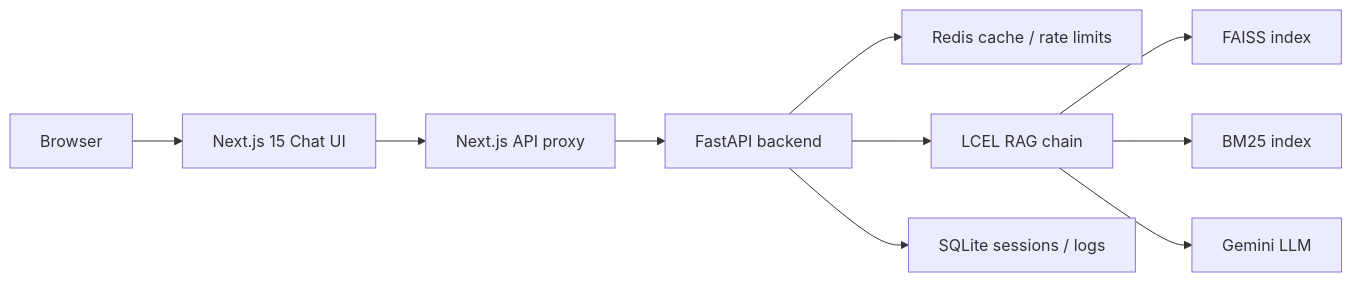
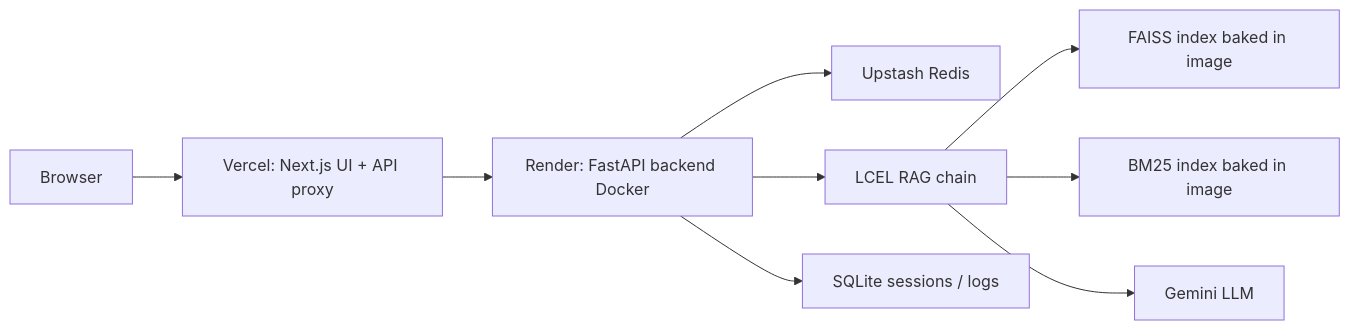
Before and after one commit to sohammahajan196/AI-Legal-Assistant: the diagram in README.md, drawn with Mermaid. The commit also changed other lines of this file and 16 other files, not shown here.

````diff
--- a/README.md
+++ b/README.md
@@ -20,12 +20,11 @@
 ```mermaid
 flowchart LR
-    User[Browser] --> NextUI["Next.js 15 Chat UI"]
-    NextUI --> ProxyRoute["Next.js API proxy"]
-    ProxyRoute --> FastAPI["FastAPI backend"]
-    FastAPI --> Redis["Redis cache / rate limits"]
-    FastAPI --> RAG["LCEL RAG chain"]
-    RAG --> FAISS["FAISS index"]
-    RAG --> BM25["BM25 index"]
+    User[Browser] --> Vercel["Vercel: Next.js UI + API proxy"]
+    Vercel --> Render["Render: FastAPI backend Docker"]
+    Render --> Upstash["Upstash Redis"]
+    Render --> RAG["LCEL RAG chain"]
+    RAG --> FAISS["FAISS index baked in image"]
+    RAG --> BM25["BM25 index baked in image"]
     RAG --> Gemini["Gemini LLM"]
-    FastAPI --> SQLite["SQLite sessions / logs"]
+    Render --> SQLite["SQLite sessions / logs"]
 ```
````
